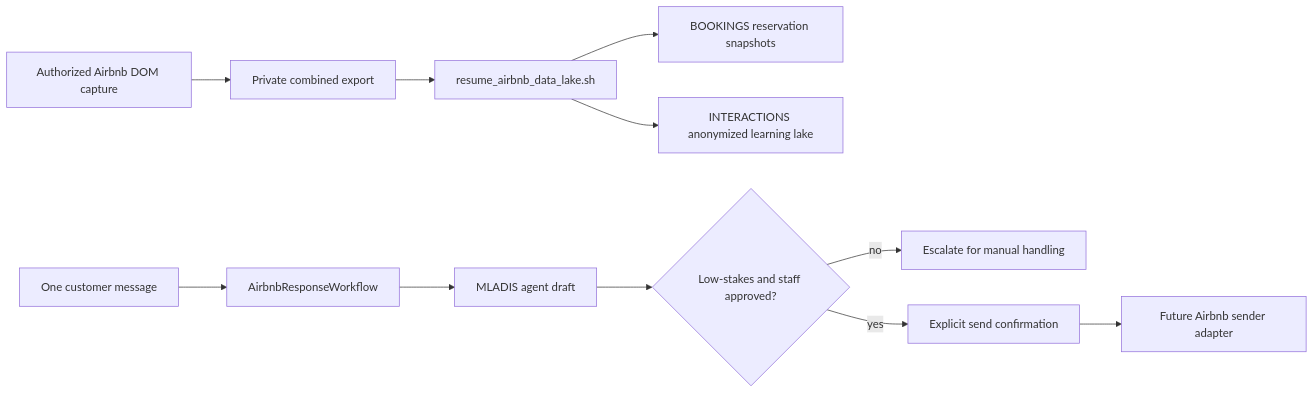
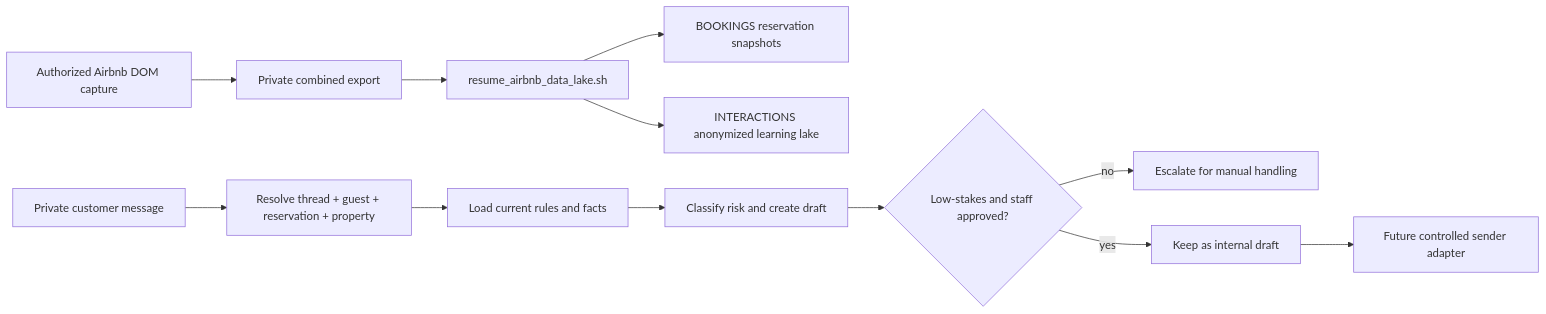
Before and after one commit to pzg8794/MLADIS: the diagram in docs/business/operations/airbnb-response-automation-runbook.md, drawn with Mermaid. The commit also changed other lines of this file and 13 other files, not shown here.

Commit message:
docs/ops: apply Viber workflow and architecture review

````diff
--- a/docs/business/operations/airbnb-response-automation-runbook.md
+++ b/docs/business/operations/airbnb-response-automation-runbook.md
@@ -32,13 +32,14 @@
 ```mermaid
 flowchart LR
   A[Authorized Airbnb DOM capture] --> B[Private combined export]
   B --> C[resume_airbnb_data_lake.sh]
   C --> D[BOOKINGS reservation snapshots]
   C --> E[INTERACTIONS anonymized learning lake]
-  F[One customer message] --> G[AirbnbResponseWorkflow]
-  G --> H[MLADIS agent draft]
-  H --> I{Low-stakes and staff approved?}
-  I -- no --> J[Escalate for manual handling]
-  I -- yes --> K[Explicit send confirmation]
-  K --> L[Future Airbnb sender adapter]
+  F[Private customer message] --> G[Resolve thread + guest + reservation + property]
+  G --> H[Load current rules and facts]
+  H --> I[Classify risk and create draft]
+  I --> J{Low-stakes and staff approved?}
+  J -- no --> K[Escalate for manual handling]
+  J -- yes --> L[Keep as internal draft]
+  L --> M[Future controlled sender adapter]
 ```
````
